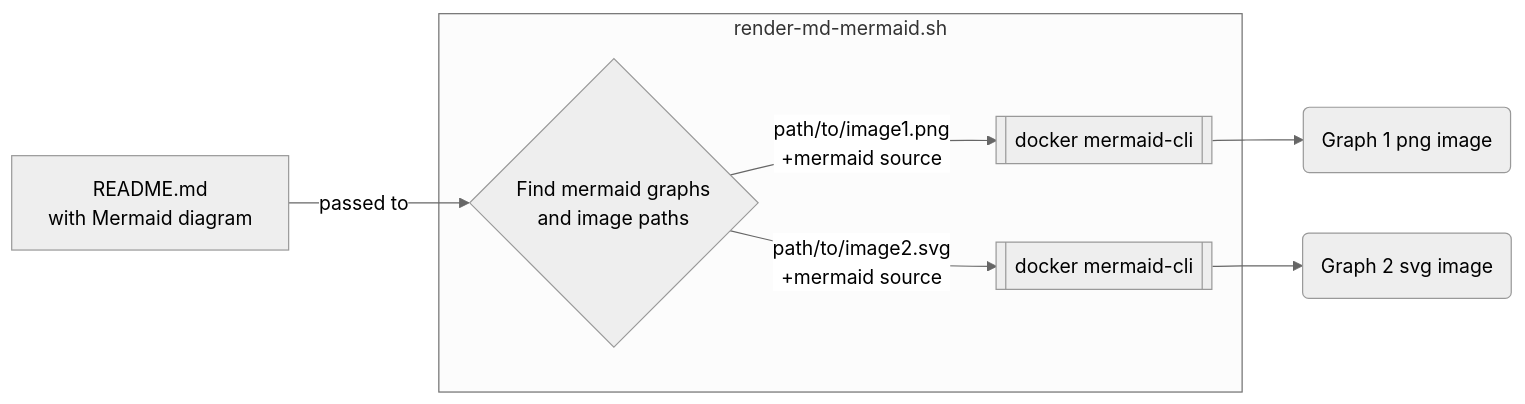
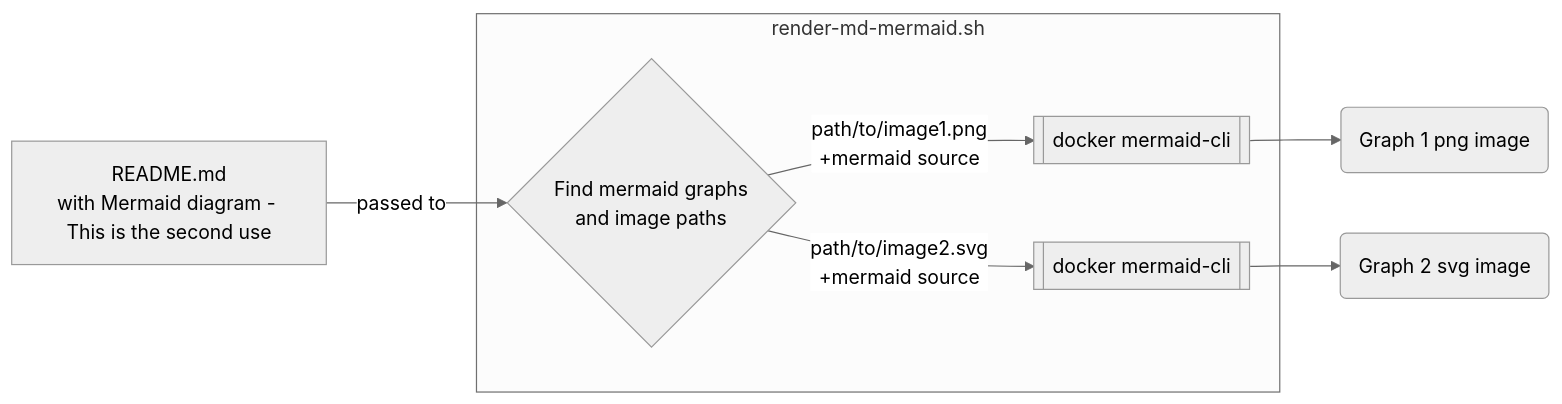
Before and after one commit to nielsvaneck/render-md-mermaid: the diagram in README.md, drawn with Mermaid (neutral theme).

````diff
--- a/README.md
+++ b/README.md
@@ -52,17 +52,17 @@
 ```mermaid
 graph LR
-    A[README.md<br>with Mermaid diagram]
+    A[README.md<br>with Mermaid diagram - This is the second use]
     B{Find mermaid graphs<br>and image paths}
     C[[docker mermaid-cli]]
     D[[docker mermaid-cli]]
     E(Graph 1 png image)
     F(Graph 2 svg image)
 
     A -->|passed to| B
     subgraph render-md-mermaid.sh
       B --> |path/to/image1.png<br>+mermaid source| C
       B --> |path/to/image2.svg<br>+mermaid source| D
     end
     C --> E
     D --> F
 ```
````
